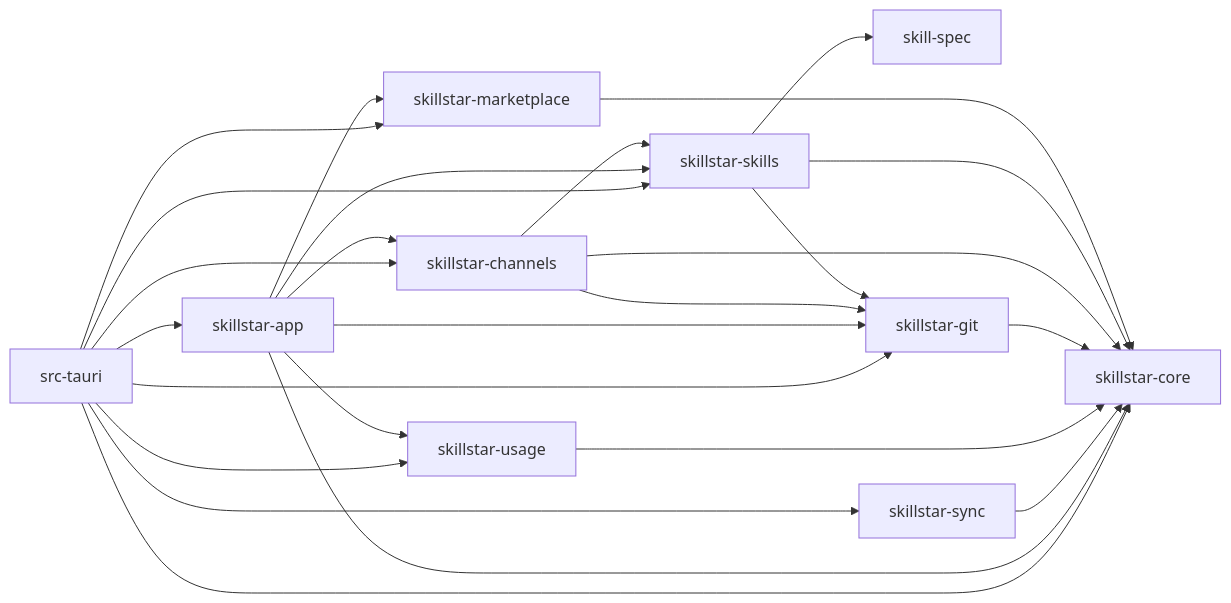
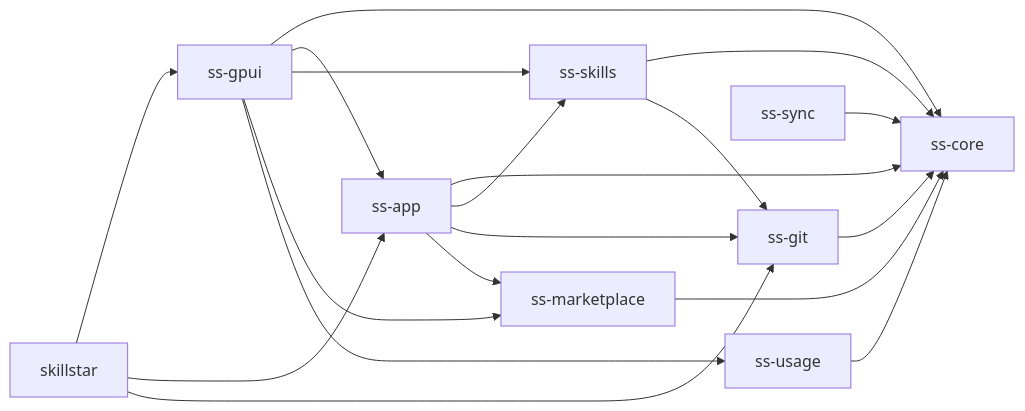
The diagram in docs/boundaries.md (xxww0098/SkillStar), drawn with Mermaid before and after one commit. The commit also changed other lines of this file and 1736 other files, not shown here.

First line of the commit message:
refactor!: retire the tauri/react app and consolidate crates into ss-*

````diff
--- a/docs/boundaries.md
+++ b/docs/boundaries.md
@@ -64,38 +86,31 @@
 ```mermaid
 flowchart LR
-  spec["skill-spec"]
-  core["skillstar-core"]
-  git["skillstar-git"]
-  skills["skillstar-skills"]
-  channels["skillstar-channels"]
-  market["skillstar-marketplace"]
-  usage["skillstar-usage"]
-  sync["skillstar-sync"]
-  app["skillstar-app"]
-  tauri["src-tauri"]
+  core["ss-core"]
+  git["ss-git"]
+  skills["ss-skills"]
+  market["ss-marketplace"]
+  usage["ss-usage"]
+  sync["ss-sync"]
+  app["ss-app"]
+  gpui["ss-gpui"]
+  bin["skillstar"]
 
   market --> core
-  skills --> spec
   skills --> core
   skills --> git
-  channels --> core
-  channels --> git
-  channels --> skills
   git --> core
   usage --> core
   sync --> core
   app --> core
   app --> skills
   app --> git
-  app --> channels
   app --> market
-  app --> usage
-  tauri --> app
-  tauri --> core
-  tauri --> skills
-  tauri --> git
-  tauri --> channels
-  tauri --> market
-  tauri --> usage
-  tauri --> sync
+  gpui --> core
+  gpui --> app
+  gpui --> skills
+  gpui --> market
+  gpui --> usage
+  bin --> gpui
+  bin --> app
+  bin --> git
 ```
````
